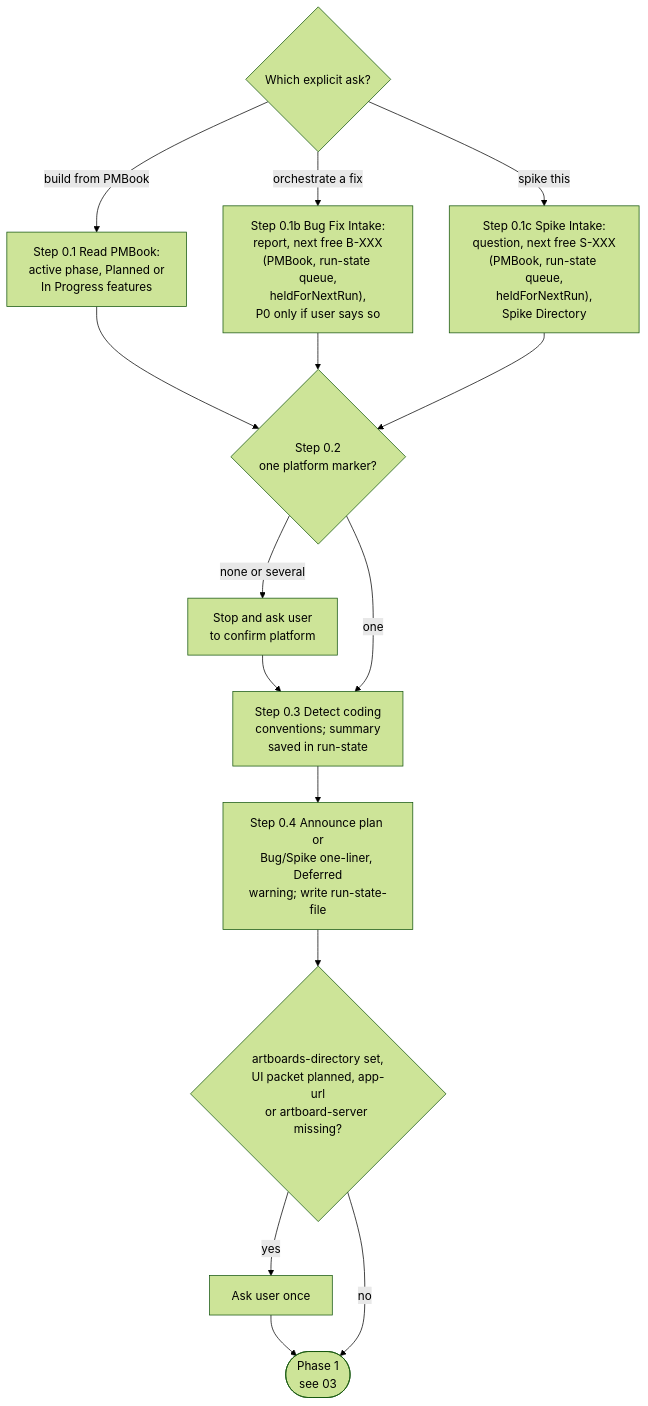
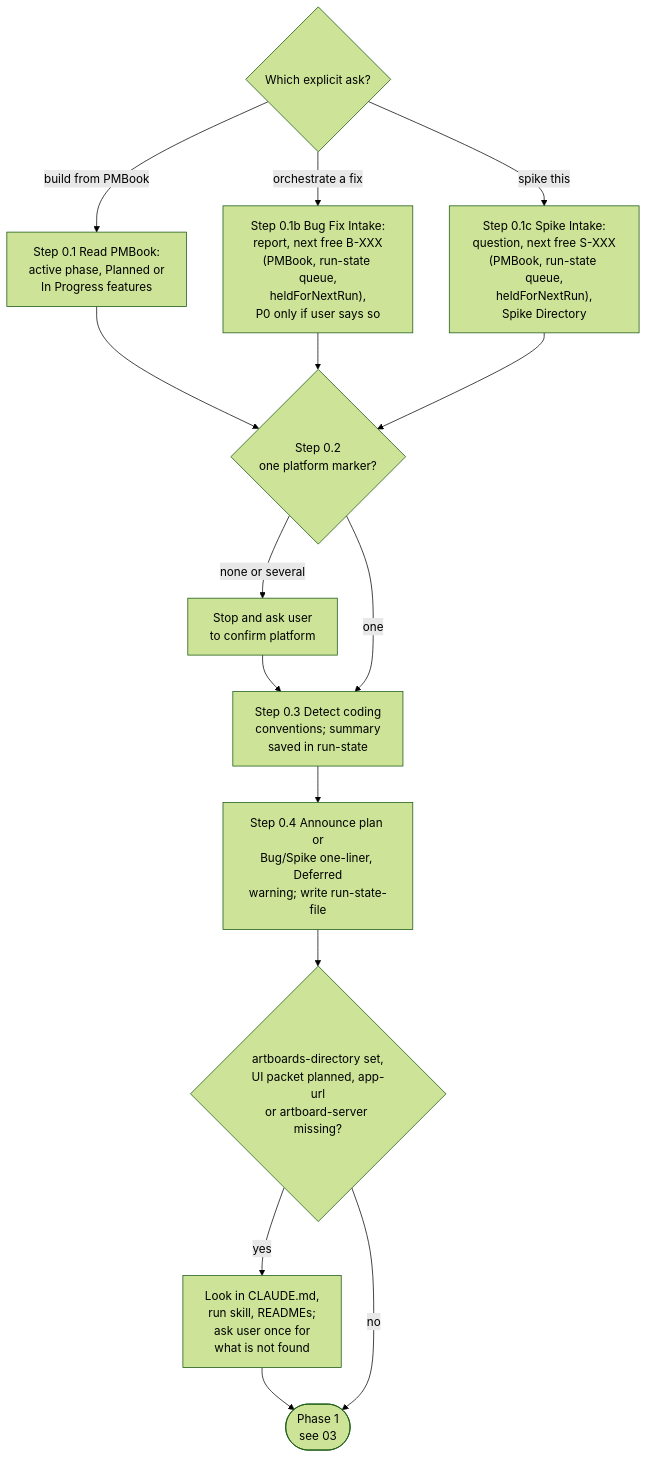
The second of 2 diagrams in skills/orchestrator-development-pattern/mermaid/02-phase0-setup.md (muhammedalikhan86/claude-stash), drawn with Mermaid (forest theme) before and after one commit. The commit also changed 7 other files, not shown here.

````diff
--- a/skills/orchestrator-development-pattern/mermaid/02-phase0-setup.md
+++ b/skills/orchestrator-development-pattern/mermaid/02-phase0-setup.md
@@ -69,26 +69,26 @@
 ```mermaid
 flowchart TD
     Entry{"Which explicit ask?"}
     PMB["Step 0.1 Read PMBook:<br/>active phase, Planned or<br/>In Progress features"]
     Bug["Step 0.1b Bug Fix Intake:<br/>report, next free B-XXX<br/>(PMBook, run-state queue,<br/>heldForNextRun),<br/>P0 only if user says so"]
     Spk["Step 0.1c Spike Intake:<br/>question, next free S-XXX<br/>(PMBook, run-state queue,<br/>heldForNextRun),<br/>Spike Directory"]
     Plat{"Step 0.2<br/>one platform marker?"}
     AskPlat["Stop and ask user<br/>to confirm platform"]
     Conv["Step 0.3 Detect coding<br/>conventions; summary<br/>saved in run-state"]
     Ann["Step 0.4 Announce plan or<br/>Bug/Spike one-liner, Deferred<br/>warning; write run-state-file"]
     UI{"artboards-directory set,<br/>UI packet planned, app-url<br/>or artboard-server missing?"}
-    AskUrl["Ask user once"]
+    AskUrl["Look in CLAUDE.md,<br/>run skill, READMEs;<br/>ask user once for<br/>what is not found"]
     Out(["Phase 1<br/>see 03"])
 
     Entry -->|"build from PMBook"| PMB
     Entry -->|"orchestrate a fix"| Bug
     Entry -->|"spike this"| Spk
     PMB --> Plat
     Bug --> Plat
     Spk --> Plat
     Plat -->|"none or several"| AskPlat --> Conv
     Plat -->|one| Conv
     Conv --> Ann --> UI
     UI -->|yes| AskUrl --> Out
     UI -->|no| Out
 ```
````
